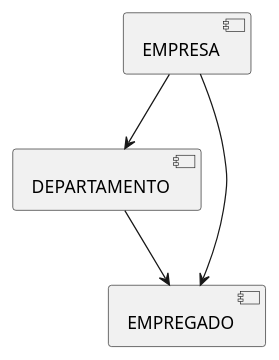
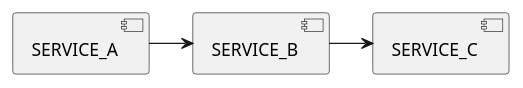
The diagram in docs/diagrams/multiple-components.puml (mmendespro/spring-sleuth-loggin-trace), drawn with PlantUML before and after one commit. The commit also changed 3 other files, not shown here.

```diff
--- a/docs/diagrams/multiple-components.puml
+++ b/docs/diagrams/multiple-components.puml
@@ -1,11 +1,9 @@
-@startuml microsservices-flow
+@startuml components-flow
 
-    [EMPRESA]
-    [DEPARTAMENTO]
-    [EMPREGADO]
+    [SERVICE_A]
+    [SERVICE_B]
+    [SERVICE_C]
 
-    [EMPRESA] --> [DEPARTAMENTO]
-    [EMPRESA] --> [EMPREGADO]
-    [DEPARTAMENTO] --> [EMPREGADO]
-
+    [SERVICE_A] -right-> [SERVICE_B]
+    [SERVICE_B] -right-> [SERVICE_C]
 @enduml
```
